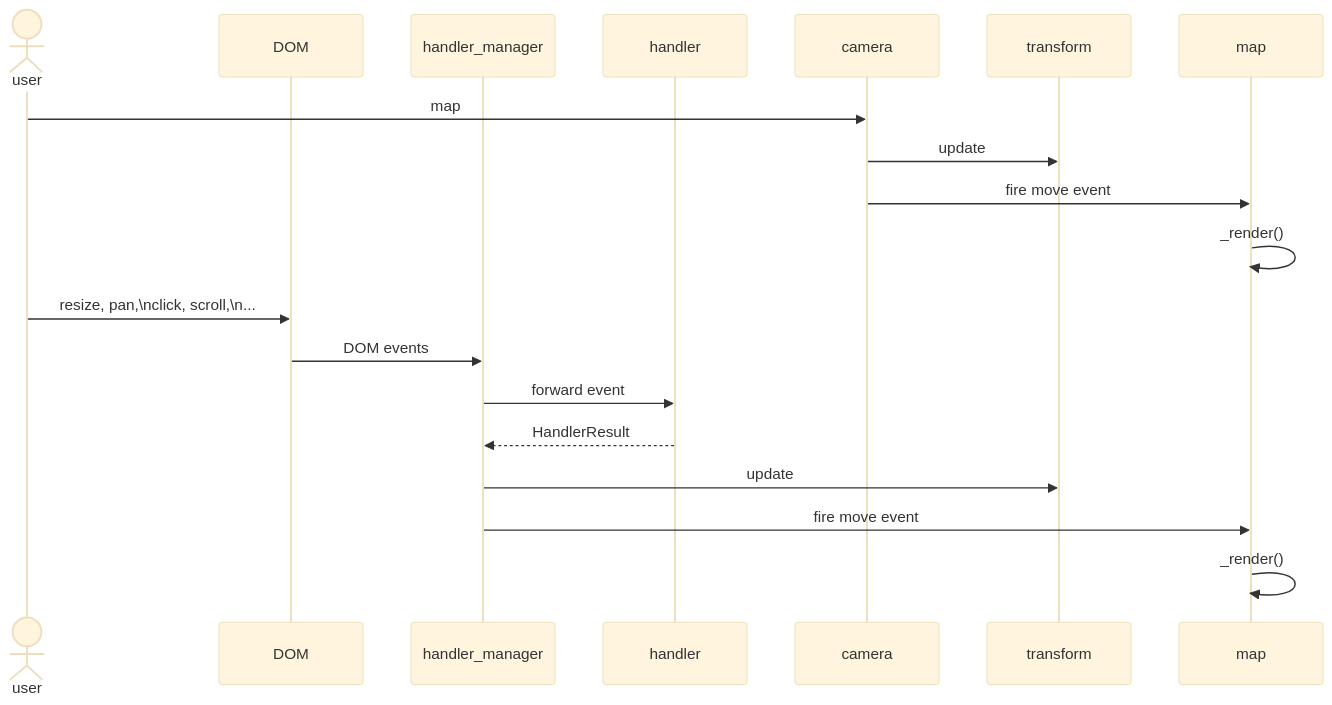
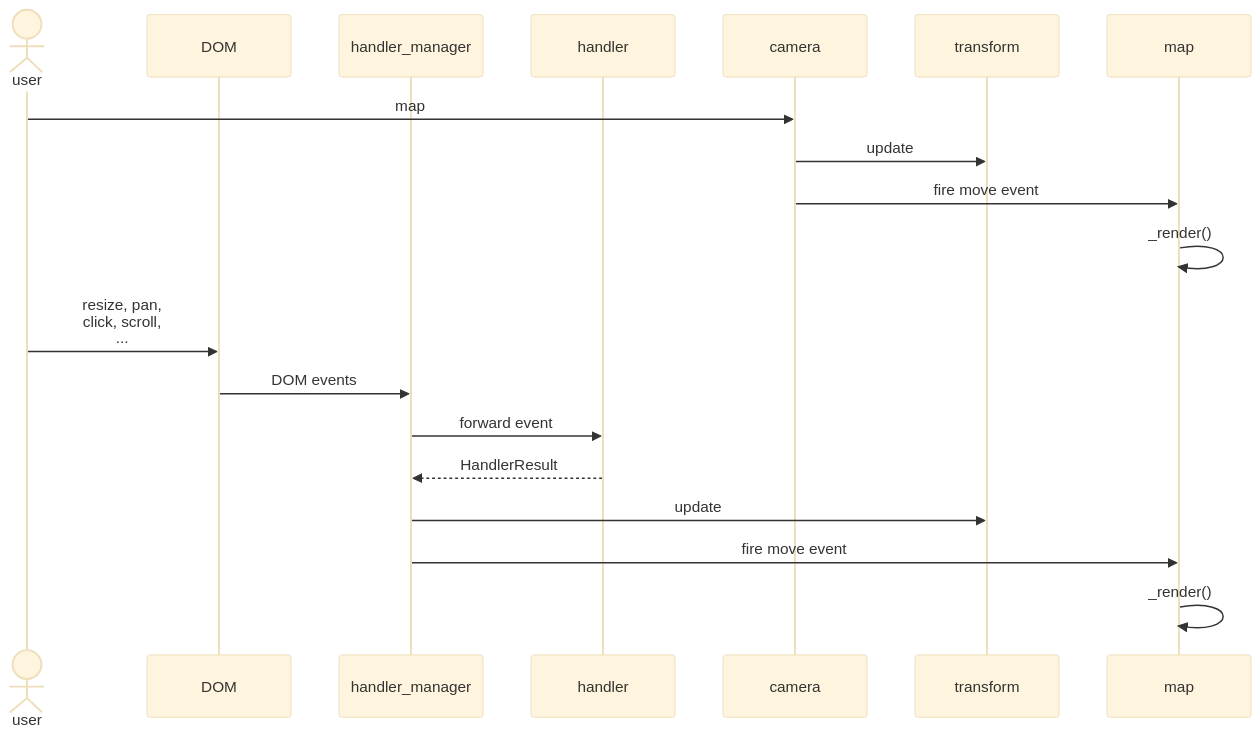
The first of 3 diagrams in developer-guides/life-of-a-tile.md (maplibre/maplibre-gl-js), drawn with Mermaid (base theme) before and after one commit. The commit also changed other lines of this file, not shown here.

````diff
--- a/developer-guides/life-of-a-tile.md
+++ b/developer-guides/life-of-a-tile.md
@@ -13,23 +13,23 @@
 ```mermaid
 sequenceDiagram
     actor user
     participant DOM
     participant handler_manager
     participant handler
     participant camera
     participant transform
     participant map
 
     user->>camera: map#setCenter, map#panTo
     camera->>transform: update
     camera->>map: fire move event
     map->>map: _render()
 
-    user->>DOM: resize, pan,\nclick, scroll,\n...
+    user->>DOM: resize, pan,<br>click, scroll,<br>...
     DOM->>handler_manager: DOM events
     handler_manager->>handler: forward event
     handler-->>handler_manager: HandlerResult
     handler_manager->>transform: update
     handler_manager->>map: fire move event
     map->>map: _render()
 ```
````
